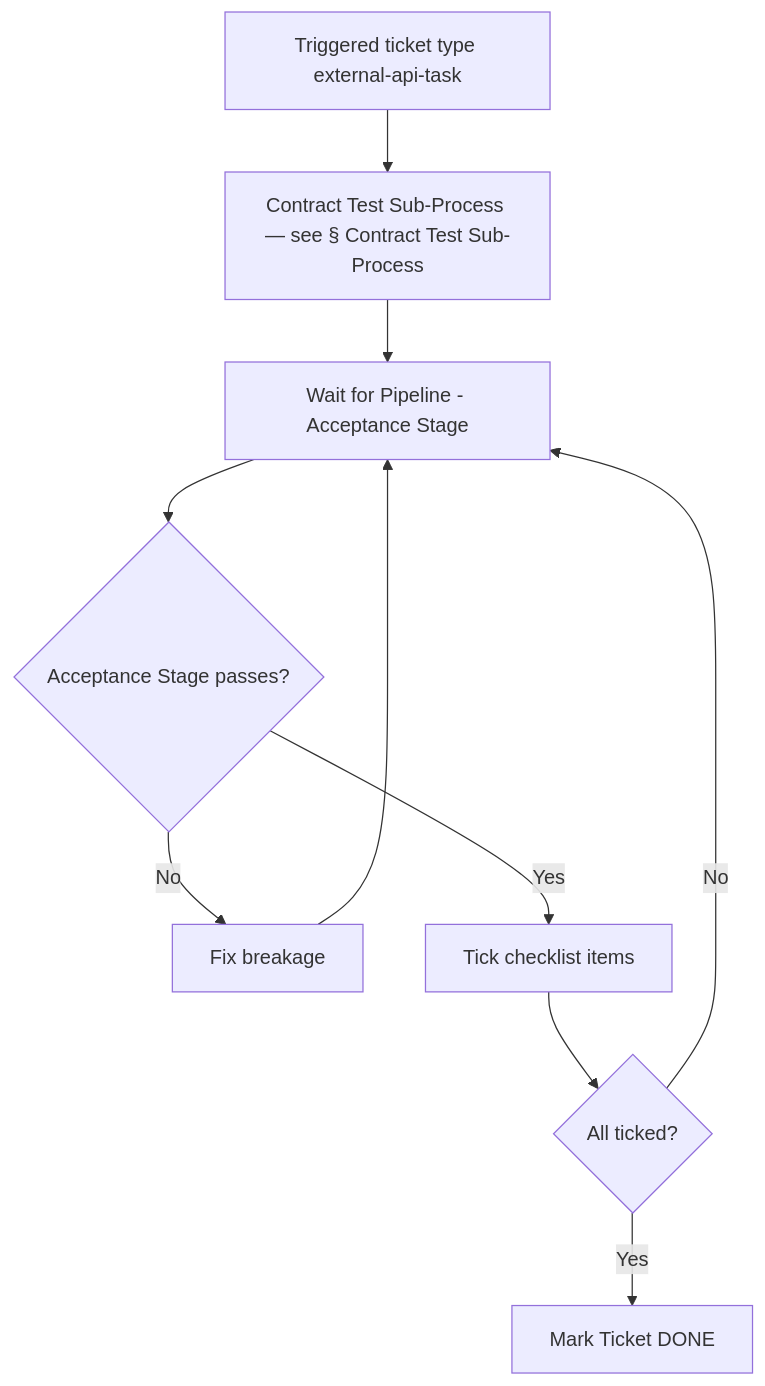
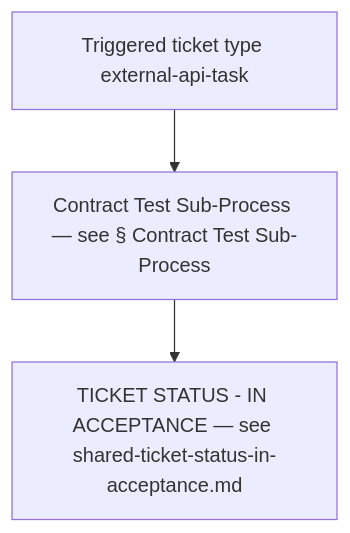
The ninth of 10 diagrams in docs/atdd/process/diagram-process.md (optivem/starter), drawn with Mermaid before and after one commit. The commit also changed other lines of this file and 8 other files, not shown here.

First line of the commit message:
Add TICKET STATUS - IN ACCEPTANCE as the agent's terminal ticket state

````diff
--- a/docs/atdd/process/diagram-process.md
+++ b/docs/atdd/process/diagram-process.md
@@ -279,21 +256,9 @@
 ```mermaid
 flowchart TD
     TRIGGER[Triggered ticket type external-api-task]
     CT[Contract Test Sub-Process — see § Contract Test Sub-Process]
-    WAIT[Wait for Pipeline - Acceptance Stage]
-    GATE{Acceptance Stage passes?}
-    FIX[Fix breakage]
-    TICK[Tick checklist items]
-    GATE_DONE{All ticked?}
-    DONE[Mark Ticket DONE]
+    IN_ACCEPTANCE[TICKET STATUS - IN ACCEPTANCE — see shared-ticket-status-in-acceptance.md]
 
     TRIGGER --> CT
-    CT --> WAIT
-    WAIT --> GATE
-    GATE -->|No| FIX
-    FIX --> WAIT
-    GATE -->|Yes| TICK
-    TICK --> GATE_DONE
-    GATE_DONE -->|No| WAIT
-    GATE_DONE -->|Yes| DONE
+    CT --> IN_ACCEPTANCE
 ```
````
